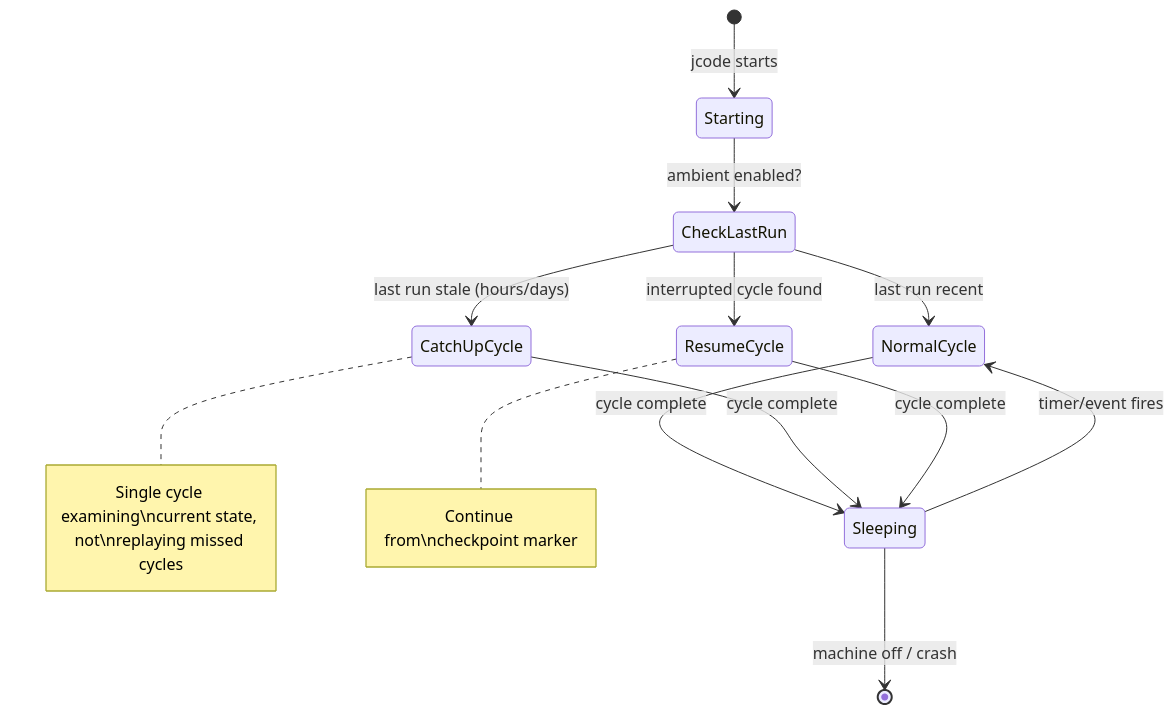
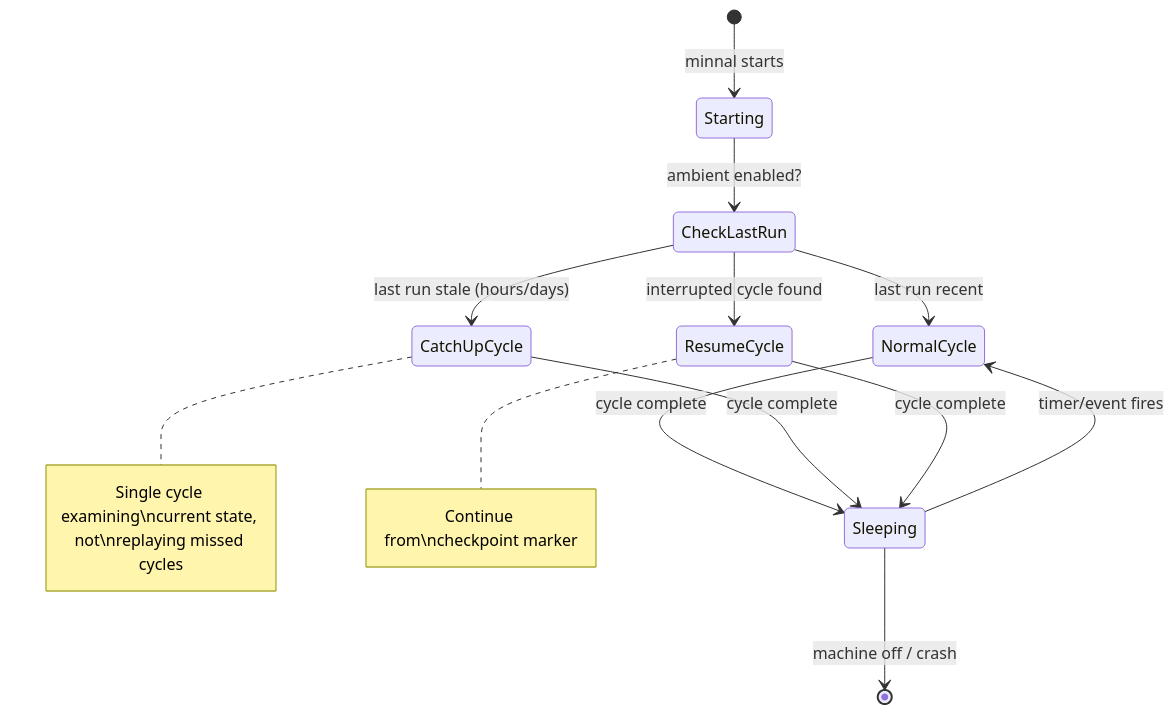
Before and after one commit to iamrohithrnair/minnal: the eighth of 8 diagrams in docs/AMBIENT_MODE.md, drawn with Mermaid. The commit also changed other lines of this file and 918 other files, not shown here.

````diff
--- a/docs/AMBIENT_MODE.md
+++ b/docs/AMBIENT_MODE.md
@@ -861,20 +861,20 @@
 ```mermaid
 stateDiagram-v2
-    [*] --> Starting: jcode starts
+    [*] --> Starting: minnal starts
     Starting --> CheckLastRun: ambient enabled?
 
     CheckLastRun --> NormalCycle: last run recent
     CheckLastRun --> CatchUpCycle: last run stale (hours/days)
     CheckLastRun --> ResumeCycle: interrupted cycle found
 
     NormalCycle --> Sleeping: cycle complete
     CatchUpCycle --> Sleeping: cycle complete
     ResumeCycle --> Sleeping: cycle complete
 
     Sleeping --> NormalCycle: timer/event fires
     Sleeping --> [*]: machine off / crash
 
     note right of CatchUpCycle: Single cycle examining\ncurrent state, not\nreplaying missed cycles
 
     note right of ResumeCycle: Continue from\ncheckpoint marker
 ```
````
